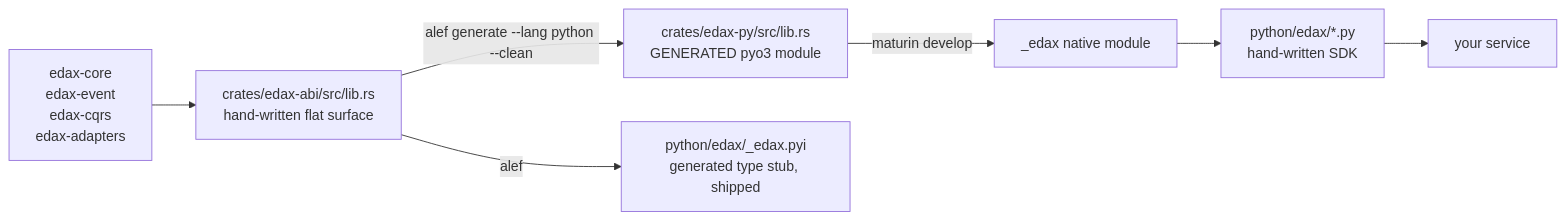
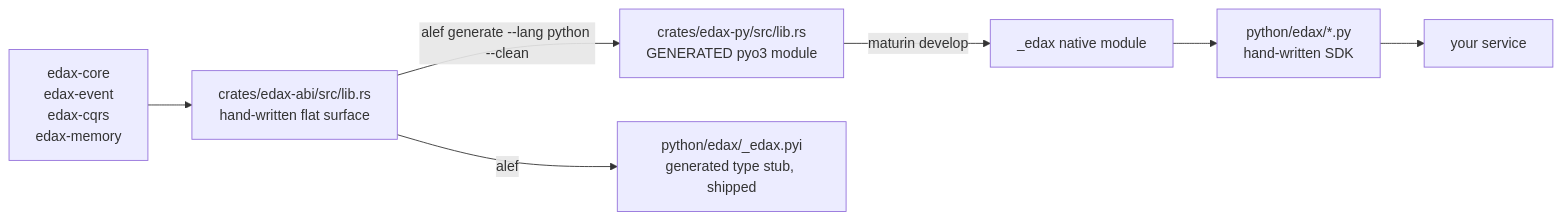
Before and after one commit to haskian/edax: the third of 4 diagrams in docs/architecture.md, drawn with Mermaid. The commit also changed other lines of this file and 40 other files, not shown here.

First line of the commit message:
refactor: rename edax-adapters to edax-memory, InMemoryBroker to MemoryBroker, AdapterError to edax-core

````diff
--- a/docs/architecture.md
+++ b/docs/architecture.md
@@ -109,9 +109,9 @@
 ```mermaid
 flowchart LR
-    K["edax-core<br/>edax-event<br/>edax-cqrs<br/>edax-adapters"] --> ABI["crates/edax-abi/src/lib.rs<br/>hand-written flat surface"]
+    K["edax-core<br/>edax-event<br/>edax-cqrs<br/>edax-memory"] --> ABI["crates/edax-abi/src/lib.rs<br/>hand-written flat surface"]
     ABI -->|"alef generate --lang python --clean"| GEN["crates/edax-py/src/lib.rs<br/>GENERATED pyo3 module"]
     ABI -->|"alef"| STUB["python/edax/_edax.pyi<br/>generated type stub, shipped"]
     GEN -->|"maturin develop"| SO["_edax native module"]
     SO --> PKG["python/edax/*.py<br/>hand-written SDK"]
     PKG --> APP["your service"]
 ```
````
